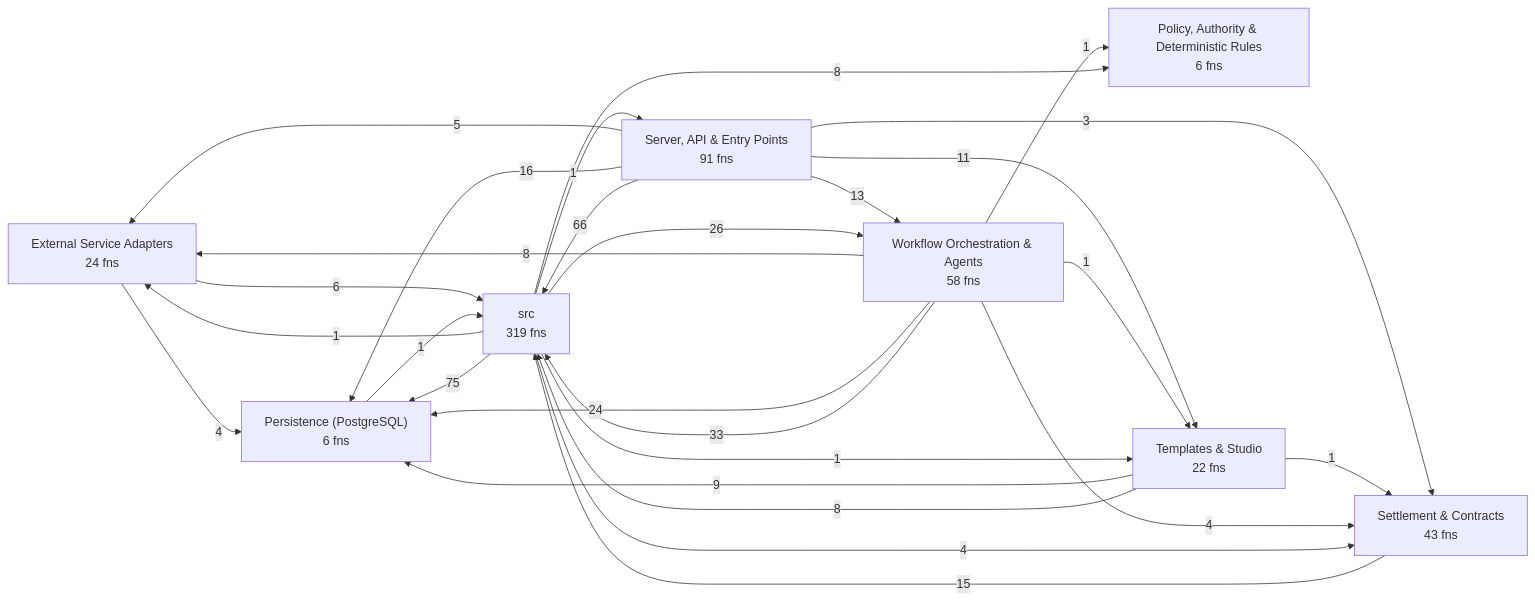
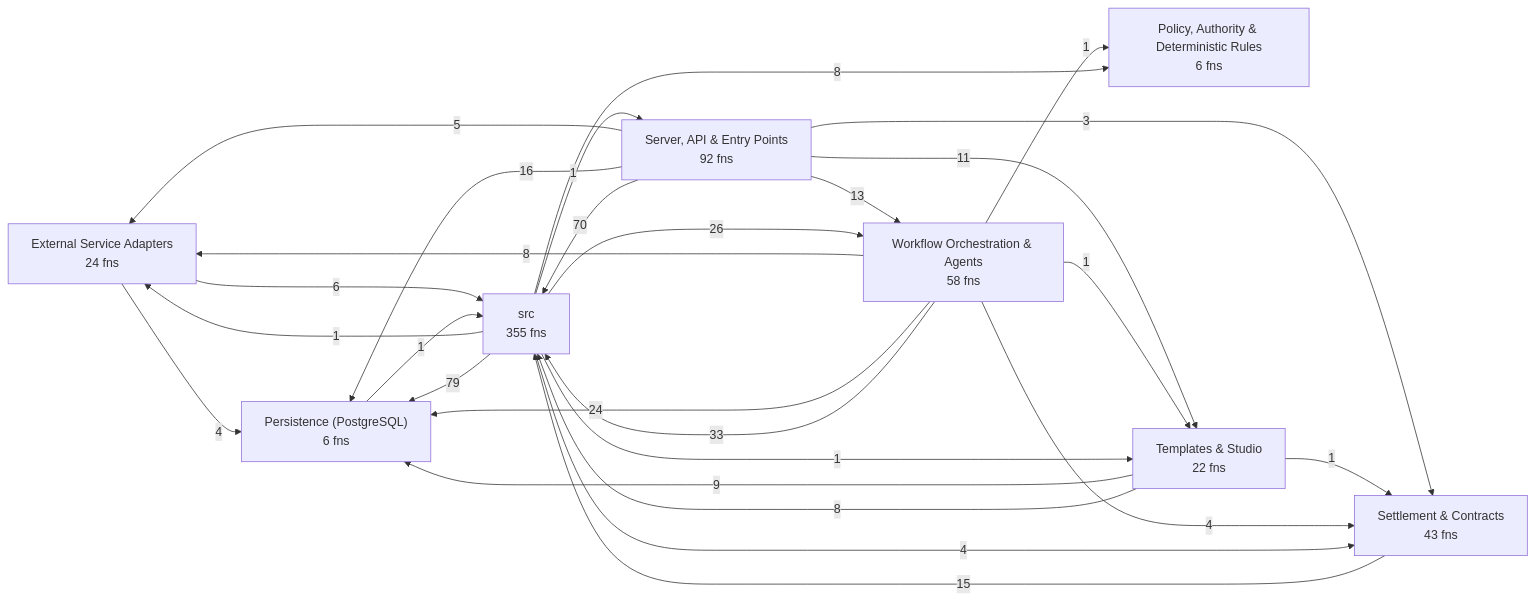
One commit to Jaydearcadian/bind changed the first of 8 diagrams in docs/CODEBASE_MAP.md. Above: the diagram before and after it, drawn with Mermaid. The commit also changed other lines of this file and 21 other files, not shown here.

````diff
--- a/docs/CODEBASE_MAP.md
+++ b/docs/CODEBASE_MAP.md
@@ -12,37 +12,37 @@
 ```mermaid
 flowchart LR
   L0["External Service Adapters<br/>24 fns"]
   L1["Persistence (PostgreSQL)<br/>6 fns"]
   L2["Policy, Authority & Deterministic Rules<br/>6 fns"]
-  L3["Server, API & Entry Points<br/>91 fns"]
+  L3["Server, API & Entry Points<br/>92 fns"]
   L4["Settlement & Contracts<br/>43 fns"]
   L5["Templates & Studio<br/>22 fns"]
   L6["Workflow Orchestration & Agents<br/>58 fns"]
-  L7["src<br/>319 fns"]
+  L7["src<br/>355 fns"]
   L0 -->|4| L1
   L0 -->|6| L7
   L1 -->|1| L7
   L3 -->|5| L0
   L3 -->|16| L1
   L3 -->|3| L4
   L3 -->|11| L5
   L3 -->|13| L6
-  L3 -->|66| L7
+  L3 -->|70| L7
   L4 -->|15| L7
   L5 -->|9| L1
   L5 -->|1| L4
   L5 -->|8| L7
   L6 -->|8| L0
   L6 -->|24| L1
   L6 -->|1| L2
   L6 -->|4| L4
   L6 -->|1| L5
   L6 -->|33| L7
   L7 -->|1| L0
-  L7 -->|75| L1
+  L7 -->|79| L1
   L7 -->|8| L2
   L7 -->|1| L3
   L7 -->|4| L4
   L7 -->|1| L5
   L7 -->|26| L6
 ```
````
